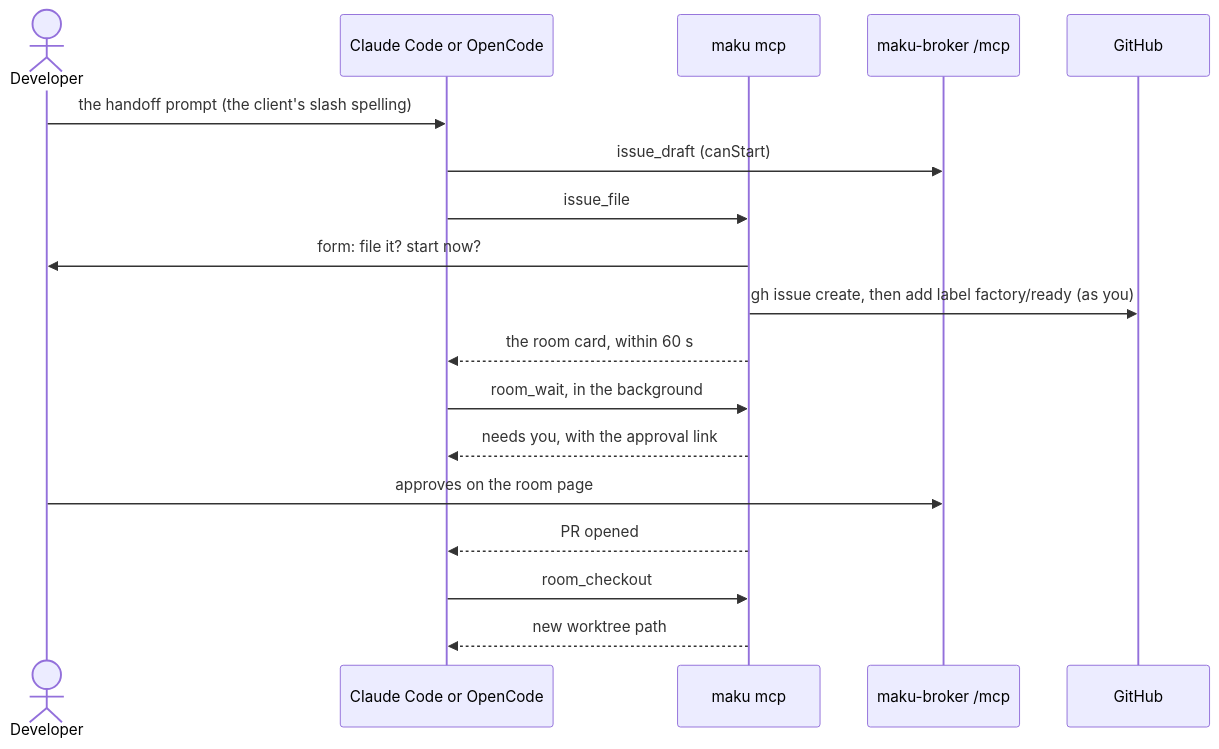
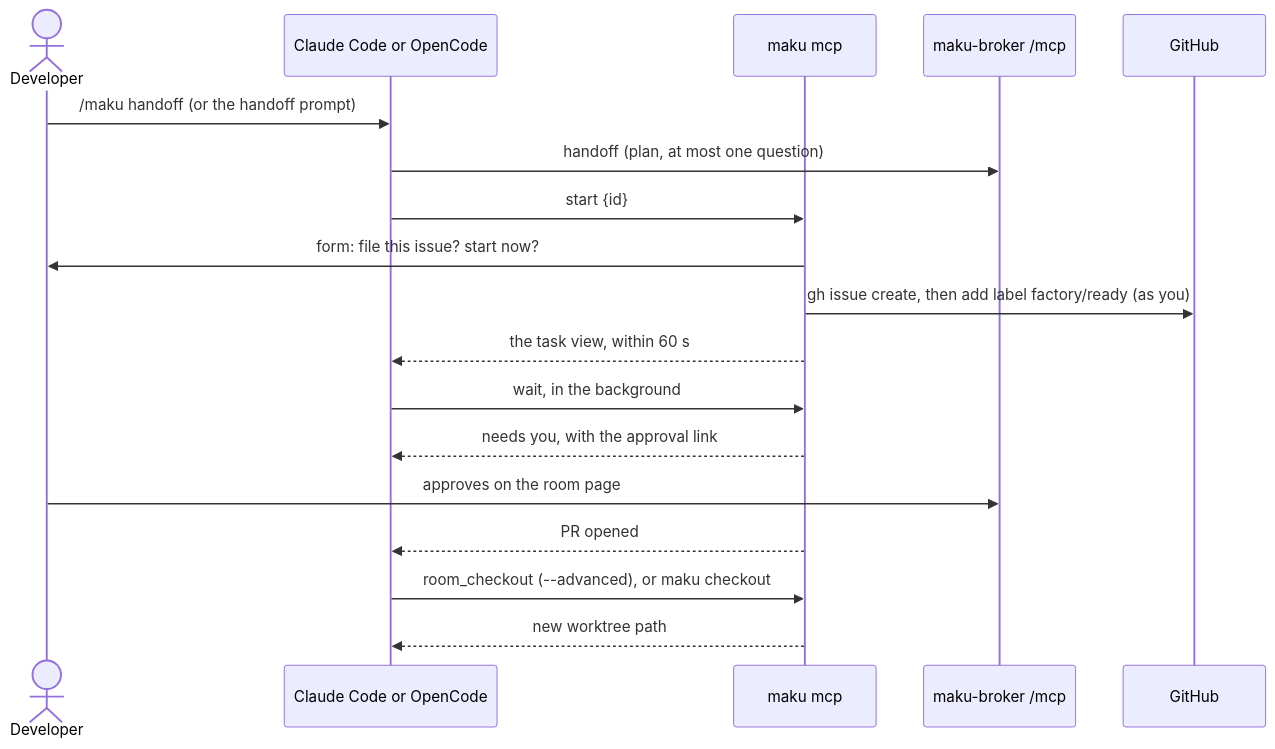
One commit to Smana/ai-native-ref changed the diagram in docs/runbooks/agent-factory/19-factory-from-your-agent.md. Above: the diagram before and after it, drawn with Mermaid. The commit also changed other lines of this file and 7 other files, not shown here.

````diff
--- a/docs/runbooks/agent-factory/19-factory-from-your-agent.md
+++ b/docs/runbooks/agent-factory/19-factory-from-your-agent.md
@@ -10,20 +12,20 @@
 ```mermaid
 sequenceDiagram
   actor Dev as Developer
   participant A as Claude Code or OpenCode
   participant R as maku mcp
   participant B as maku-broker /mcp
   participant GH as GitHub
-  Dev->>A: the handoff prompt (the client's slash spelling)
-  A->>B: issue_draft (canStart)
-  A->>R: issue_file
-  R->>Dev: form: file it? start now?
+  Dev->>A: /maku handoff (or the handoff prompt)
+  A->>B: handoff (plan, at most one question)
+  A->>R: start {id}
+  R->>Dev: form: file this issue? start now?
   R->>GH: gh issue create, then add label factory/ready (as you)
-  R-->>A: the room card, within 60 s
-  A->>R: room_wait, in the background
+  R-->>A: the task view, within 60 s
+  A->>R: wait, in the background
   R-->>A: needs you, with the approval link
   Dev->>B: approves on the room page
   R-->>A: PR opened
-  A->>R: room_checkout
+  A->>R: room_checkout (--advanced), or maku checkout
   R-->>A: new worktree path
 ```
````
